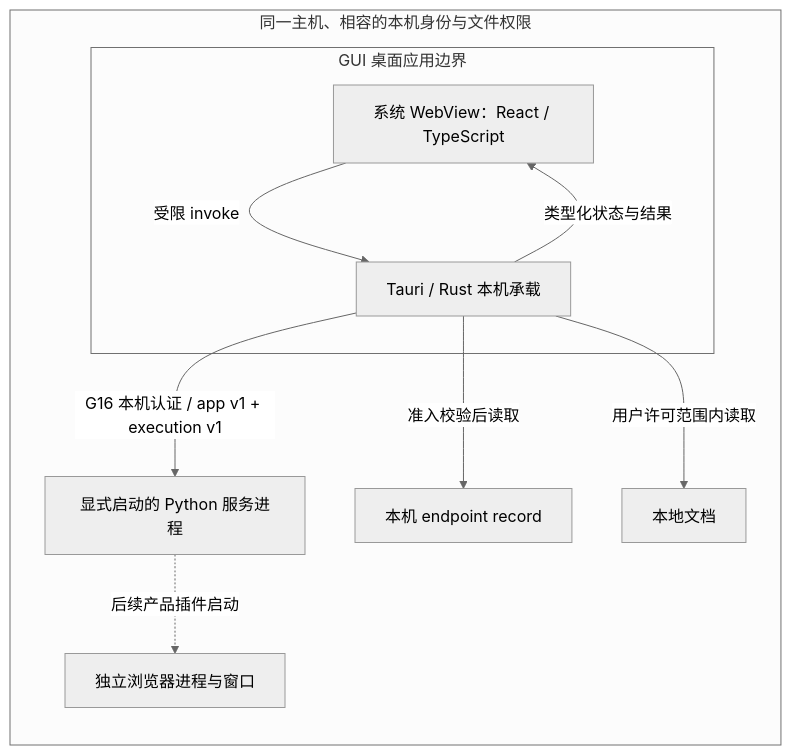
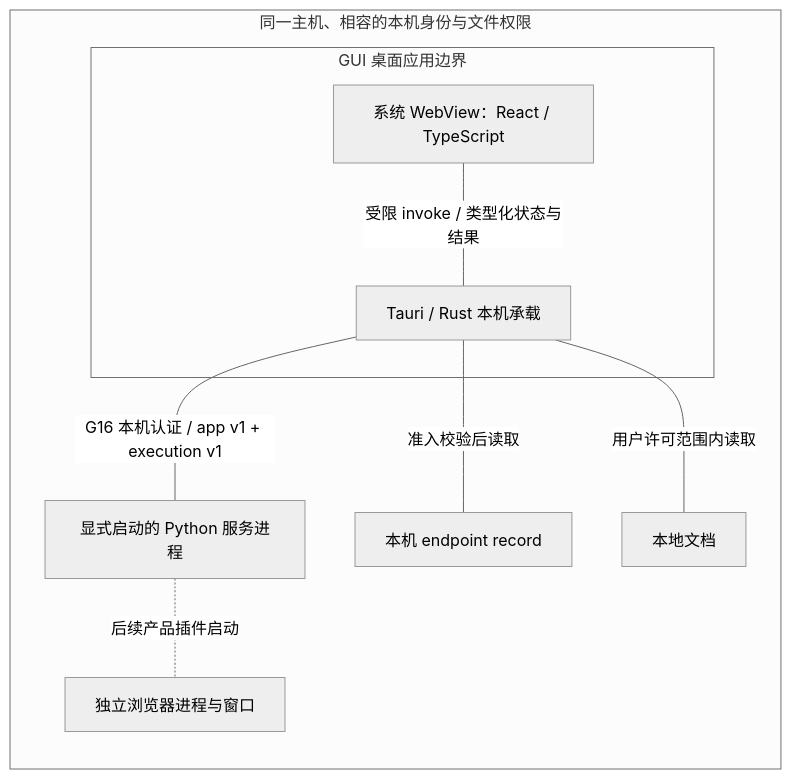
Before and after one commit to zhnt/loushang: the third of 3 diagrams in docs/internals/architecture/drafts/gui-system-context-and-boundary-contract.md, drawn with Mermaid (neutral theme). The commit also changed other lines of this file and 15 other files, not shown here.

Commit message:
docs(architecture): align GUI target as V3.1

````diff
--- a/docs/internals/architecture/drafts/gui-system-context-and-boundary-contract.md
+++ b/docs/internals/architecture/drafts/gui-system-context-and-boundary-contract.md
@@ -112,15 +133,14 @@
 ```mermaid
 flowchart LR
     subgraph H[同一主机、相容的本机身份与文件权限]
         subgraph G[GUI 桌面应用边界]
             W[系统 WebView：React / TypeScript]
             R[Tauri / Rust 本机承载]
-            W -->|受限 invoke| R
-            R -->|类型化状态与结果| W
+            W ---|受限 invoke / 类型化状态与结果| R
         end
-        R -->|G16 本机认证 / app v1 + execution v1| S[显式启动的 Python 服务进程]
-        R -->|准入校验后读取| E[本机 endpoint record]
-        R -->|用户许可范围内读取| F[本地文档]
-        S -.->|后续产品插件启动| B[独立浏览器进程与窗口]
+        R ---|G16 本机认证 / app v1 + execution v1| S[显式启动的 Python 服务进程]
+        R ---|准入校验后读取| E[本机 endpoint record]
+        R ---|用户许可范围内读取| F[本地文档]
+        S -.-|后续产品插件启动| B[独立浏览器进程与窗口]
     end
 ```
````
